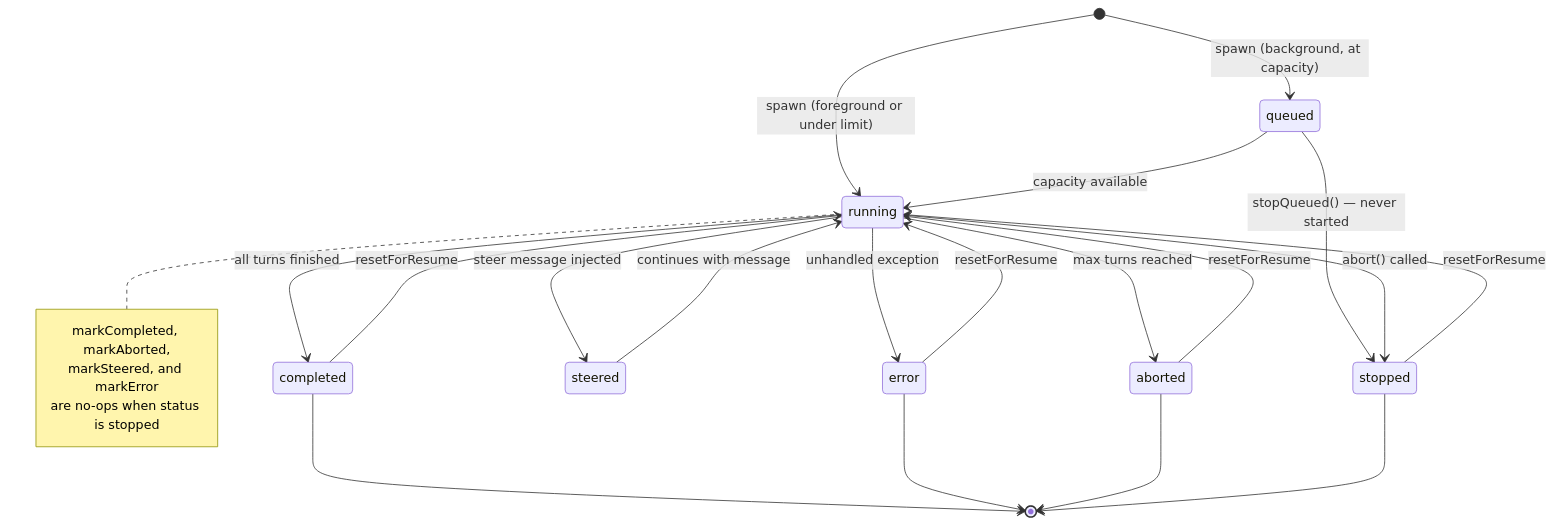
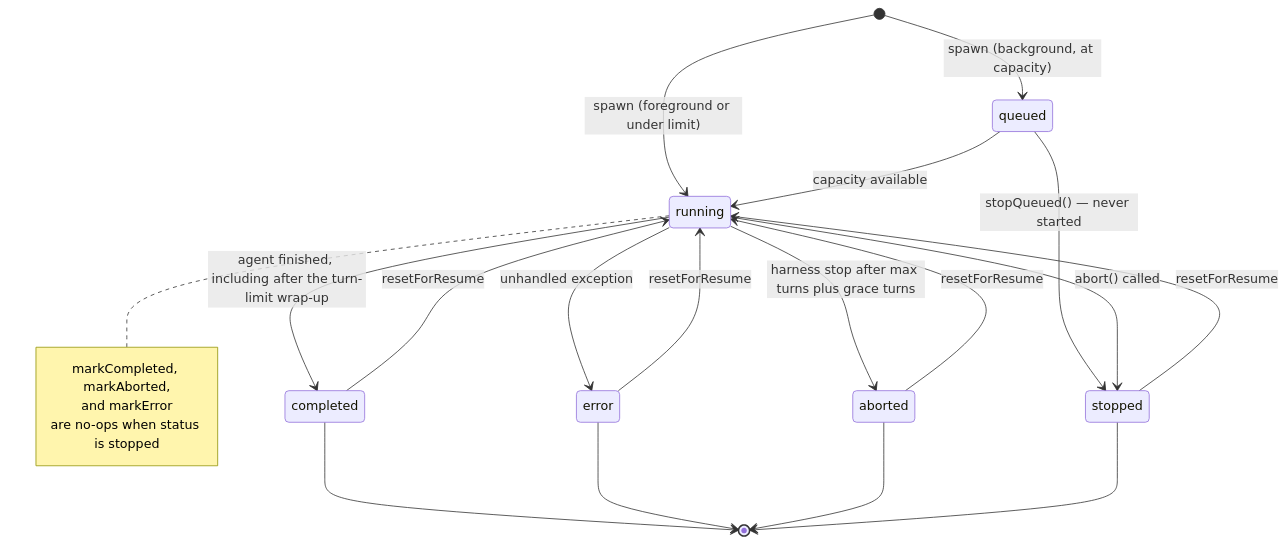
Before and after one commit to 44madfire/pi-packages: the third of 5 diagrams in packages/pi-subagents/docs/architecture/architecture.md, drawn with Mermaid. The commit also changed other lines of this file and 2 other files, not shown here.

First line of the commit message:
docs(pi-subagents): document the turn budget outcome and correct the lifecycle diagram

````diff
--- a/packages/pi-subagents/docs/architecture/architecture.md
+++ b/packages/pi-subagents/docs/architecture/architecture.md
@@ -258,27 +258,25 @@
 ```mermaid
 stateDiagram-v2
     [*] --> queued : spawn (background, at capacity)
     [*] --> running : spawn (foreground or under limit)
     queued --> running : capacity available
     queued --> stopped : stopQueued() — never started
-    running --> completed : all turns finished
+    running --> completed : agent finished, including after the turn-limit wrap-up
     running --> error : unhandled exception
-    running --> aborted : max turns reached
+    running --> aborted : harness stop after max turns plus grace turns
     running --> stopped : abort() called
-    running --> steered : steer message injected
-    steered --> running : continues with message
     completed --> running : resetForResume
     stopped --> running : resetForResume
     error --> running : resetForResume
     aborted --> running : resetForResume
     completed --> [*]
     error --> [*]
     aborted --> [*]
     stopped --> [*]
 
     note right of running
         markCompleted, markAborted,
-        markSteered, and markError
+        and markError
         are no-ops when status is stopped
     end note
 ```
````
